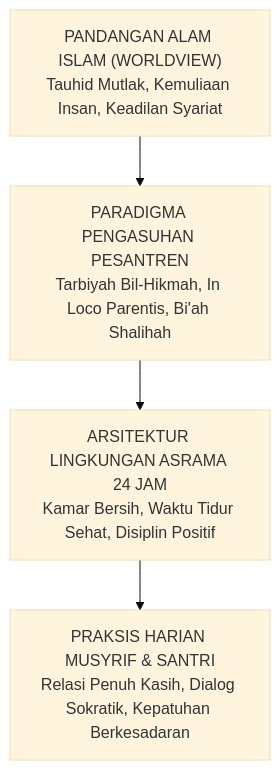
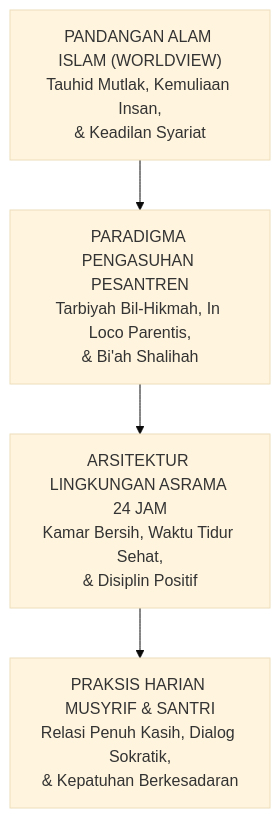
One commit to wandiapriliyandi/tumbuh changed the first of 7 diagrams in BOOK Series 1/01-The-Fundamental-of-TUMBUH/Bab-02-Pandangan-Alam-Islam-sebagai-Poros-Pendidikan.md. Above: the diagram before and after it, drawn with Mermaid (base theme). The commit also changed other lines of this file and 37 other files, not shown here.

Commit message:
fix(book-01): optimasi pemenggalan teks dan overflow seluruh diagram serta render ulang 20 PDF

````diff
--- a/BOOK Series 1/01-The-Fundamental-of-TUMBUH/Bab-02-Pandangan-Alam-Islam-sebagai-Poros-Pendidikan.md
+++ b/BOOK Series 1/01-The-Fundamental-of-TUMBUH/Bab-02-Pandangan-Alam-Islam-sebagai-Poros-Pendidikan.md
@@ -36,6 +36,6 @@
 ```mermaid
 graph TD
-    A["PANDANGAN ALAM ISLAM (WORLDVIEW)<br/>Tauhid Mutlak, Kemuliaan Insan, Keadilan Syariat"] --> B["PARADIGMA PENGASUHAN PESANTREN<br/>Tarbiyah Bil-Hikmah, In Loco Parentis, Bi'ah Shalihah"]
-    B --> C["ARSITEKTUR LINGKUNGAN ASRAMA 24 JAM<br/>Kamar Bersih, Waktu Tidur Sehat, Disiplin Positif"]
-    C --> D["PRAKSIS HARIAN MUSYRIF & SANTRI<br/>Relasi Penuh Kasih, Dialog Sokratik, Kepatuhan Berkesadaran"]
+    A["PANDANGAN ALAM ISLAM (WORLDVIEW)<br/>Tauhid Mutlak, Kemuliaan Insan,<br/>& Keadilan Syariat"] --> B["PARADIGMA PENGASUHAN PESANTREN<br/>Tarbiyah Bil-Hikmah, In Loco Parentis,<br/>& Bi'ah Shalihah"]
+    B --> C["ARSITEKTUR LINGKUNGAN ASRAMA 24 JAM<br/>Kamar Bersih, Waktu Tidur Sehat,<br/>& Disiplin Positif"]
+    C --> D["PRAKSIS HARIAN MUSYRIF & SANTRI<br/>Relasi Penuh Kasih, Dialog Sokratik,<br/>& Kepatuhan Berkesadaran"]
 ```
````
